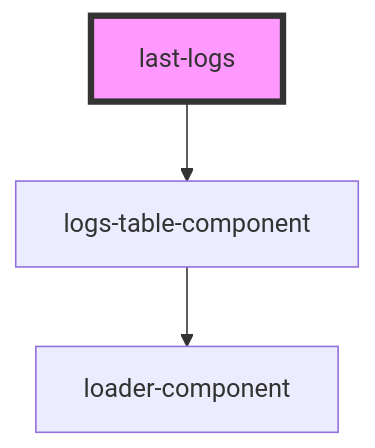
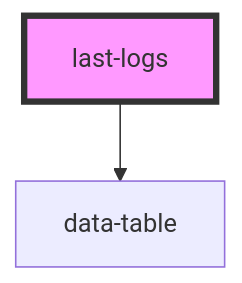
The diagram in src/components/userProfilePage/last-logs/readme.md (techvariable/NeptuneConnectComponents), drawn with Mermaid before and after one commit. The commit also changed other lines of this file and 10 other files, not shown here.

Commit message:
data-table implemented in user profile page

````diff
--- a/src/components/userProfilePage/last-logs/readme.md
+++ b/src/components/userProfilePage/last-logs/readme.md
@@ -23,6 +23,5 @@
 ```mermaid
 graph TD;
-  last-logs --> logs-table-component
-  logs-table-component --> loader-component
+  last-logs --> data-table
   style last-logs fill:#f9f,stroke:#333,stroke-width:4px
 ```
````
